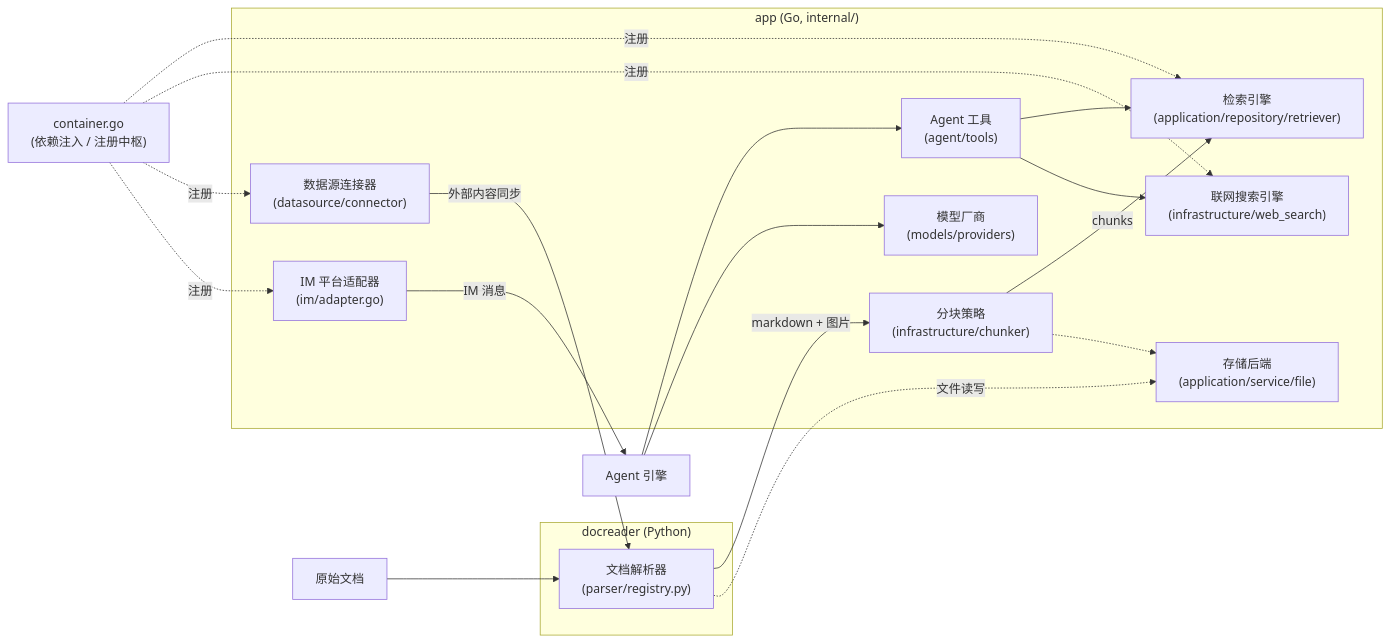
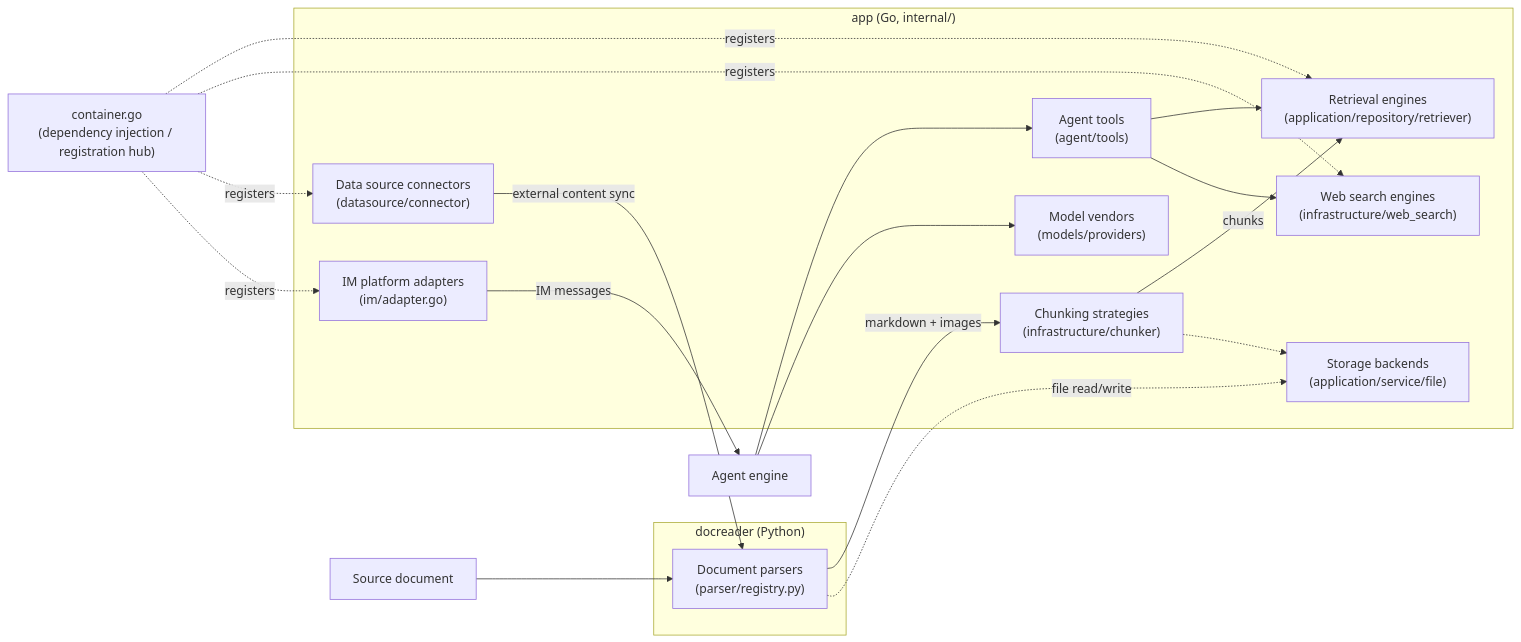
One commit to jrmatherly/ai-kb changed the diagram in website-docs/06-development/03-extension-points.md. Above: the diagram before and after it, drawn with Mermaid. The commit also changed other lines of this file and 7 other files, not shown here.

First line of the commit message:
docs(clients,development): translate frontend, CLI, Go SDK, database schema, extension points

````diff
--- a/website-docs/06-development/03-extension-points.md
+++ b/website-docs/06-development/03-extension-points.md
@@ -7,31 +7,31 @@
 ```mermaid
 graph LR
     subgraph DR["docreader (Python)"]
-        P1["文档解析器<br/>(parser/registry.py)"]
+        P1["Document parsers<br/>(parser/registry.py)"]
     end
     subgraph APP["app (Go, internal/)"]
-        P2["分块策略<br/>(infrastructure/chunker)"]
-        P3["检索引擎<br/>(application/repository/retriever)"]
-        P4["模型厂商<br/>(models/providers)"]
-        P5["联网搜索引擎<br/>(infrastructure/web_search)"]
-        P6["数据源连接器<br/>(datasource/connector)"]
-        P7["IM 平台适配器<br/>(im/adapter.go)"]
-        P8["Agent 工具<br/>(agent/tools)"]
-        P9["存储后端<br/>(application/service/file)"]
+        P2["Chunking strategies<br/>(infrastructure/chunker)"]
+        P3["Retrieval engines<br/>(application/repository/retriever)"]
+        P4["Model vendors<br/>(models/providers)"]
+        P5["Web search engines<br/>(infrastructure/web_search)"]
+        P6["Data source connectors<br/>(datasource/connector)"]
+        P7["IM platform adapters<br/>(im/adapter.go)"]
+        P8["Agent tools<br/>(agent/tools)"]
+        P9["Storage backends<br/>(application/service/file)"]
     end
-    DOC["原始文档"] --> P1
-    P1 -->|"markdown + 图片"| P2
+    DOC["Source document"] --> P1
+    P1 -->|"markdown + images"| P2
     P2 -->|"chunks"| P3
-    P6 -->|"外部内容同步"| P1
-    P7 -->|"IM 消息"| AG["Agent 引擎"]
+    P6 -->|"external content sync"| P1
+    P7 -->|"IM messages"| AG["Agent engine"]
     AG --> P8
     P8 --> P3
     P8 --> P5
     AG --> P4
-    P1 -.->|"文件读写"| P9
+    P1 -.->|"file read/write"| P9
     P2 -.-> P9
-    CT["container.go<br/>(依赖注入 / 注册中枢)"] -.->|"注册"| P3
-    CT -.->|"注册"| P5
-    CT -.->|"注册"| P6
-    CT -.->|"注册"| P7
+    CT["container.go<br/>(dependency injection / registration hub)"] -.->|"registers"| P3
+    CT -.->|"registers"| P5
+    CT -.->|"registers"| P6
+    CT -.->|"registers"| P7
 ```
````
